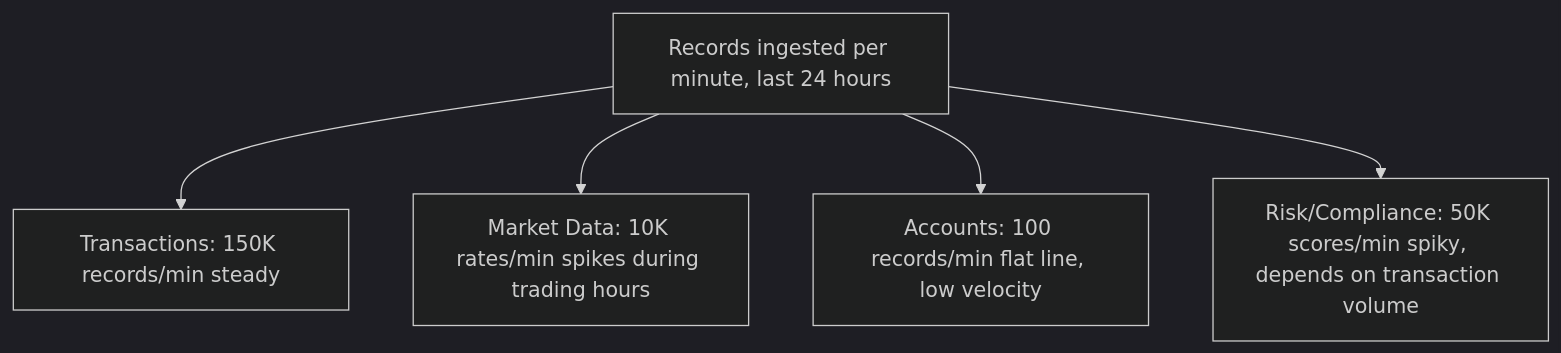
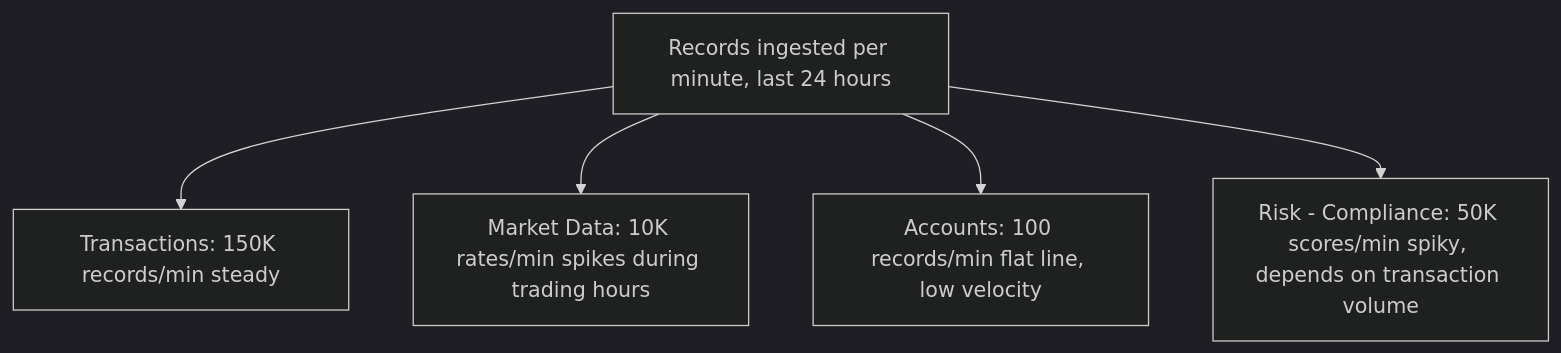
The second of 7 diagrams in docs/platform/observability.md (naren-chakraview/chakraview-fintech-data-mesh), drawn with Mermaid (dark theme) before and after one commit. The commit also changed other lines of this file and 21 other files, not shown here.

First line of the commit message:
Fix mermaid diagram rendering issues in fintech data mesh documentation

````diff
--- a/docs/platform/observability.md
+++ b/docs/platform/observability.md
@@ -130,8 +130,8 @@
 ```mermaid
 graph TD
     A["Records ingested per minute, last 24 hours"]
     A --> A1["Transactions: 150K records/min steady"]
     A --> A2["Market Data: 10K rates/min spikes during trading hours"]
     A --> A3["Accounts: 100 records/min flat line, low velocity"]
-    A --> A4["Risk/Compliance: 50K scores/min spiky, depends on transaction volume"]
+    A --> A4["Risk - Compliance: 50K scores/min spiky, depends on transaction volume"]
 ```
````
